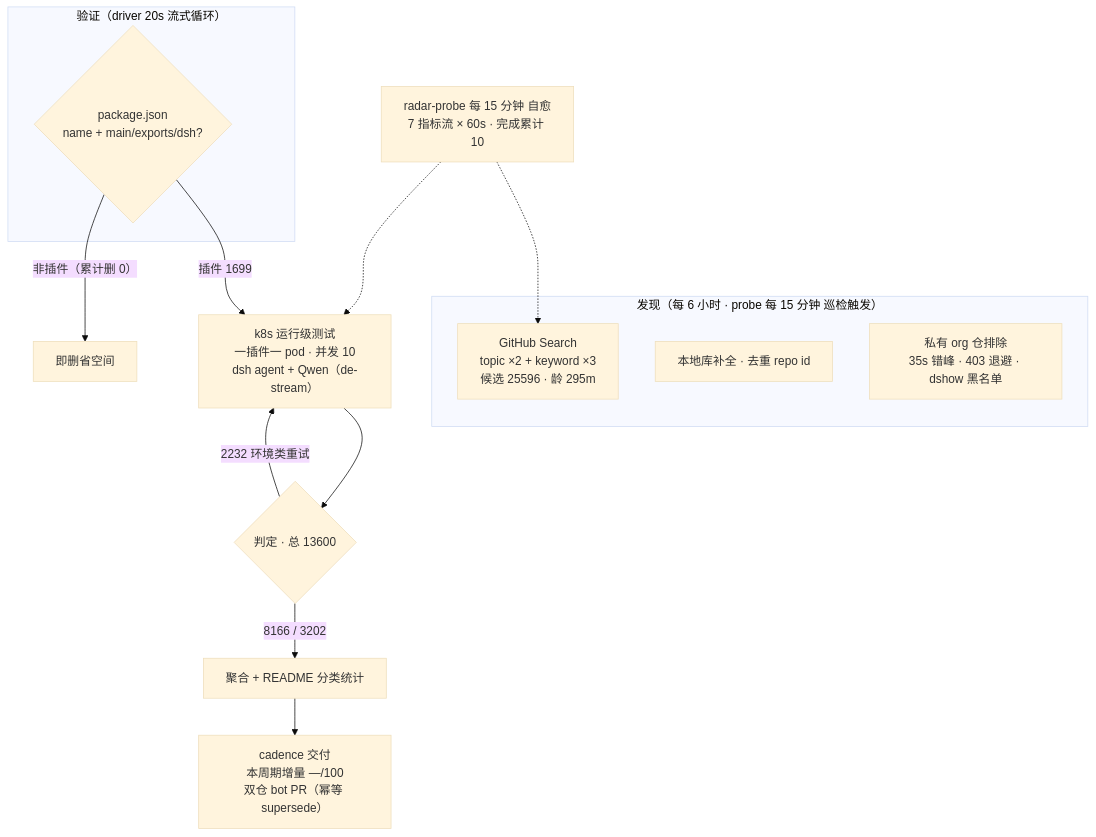
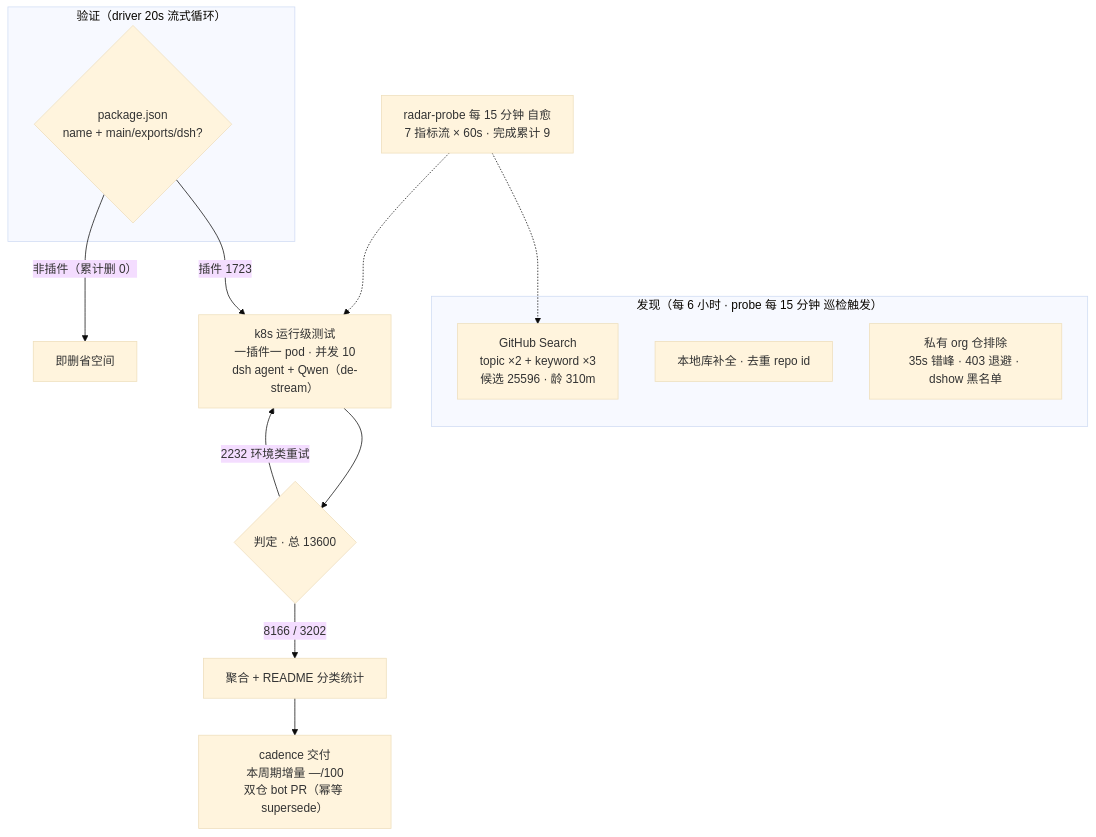
The diagram in README.md (Zhidao-Lab-OSS/awesome-dsh-plugins), drawn with Mermaid (base theme) before and after one commit. The commit also changed other lines of this file and 1 other file, not shown here.

Commit message:
readme-render: 渲染自快照 20261002T023001Z（自托管 Bot B · merge 门控）

````diff
--- a/README.md
+++ b/README.md
@@ -159,20 +159,20 @@
 ```mermaid
 flowchart TB
     subgraph Discovery["发现（每 6 小时 · probe 每 15 分钟 巡检触发）"]
-        A1["GitHub Search<br/>topic ×2 + keyword ×3<br/>候选 25596 · 龄 295m"]
+        A1["GitHub Search<br/>topic ×2 + keyword ×3<br/>候选 25596 · 龄 310m"]
         A2["本地库补全 · 去重 repo id"]
         A3["私有 org 仓排除<br/>35s 错峰 · 403 退避 · dshow 黑名单"]
     end
     subgraph Validation["验证（driver 20s 流式循环）"]
         B1{"package.json<br/>name + main/exports/dsh?"}
     end
-    B1 -->|"插件 1699"| C1["k8s 运行级测试<br/>一插件一 pod · 并发 10<br/>dsh agent + Qwen（de-stream）"]
+    B1 -->|"插件 1723"| C1["k8s 运行级测试<br/>一插件一 pod · 并发 10<br/>dsh agent + Qwen（de-stream）"]
     B1 -->|"非插件（累计删 0）"| B3["即删省空间"]
     C1 --> D1{"判定 · 总 13600"}
     D1 -->|"8166 / 3202"| E1["聚合 + README 分类统计"]
     D1 -->|"2232 环境类重试"| C1
     E1 --> E2["cadence 交付<br/>本周期增量 —/100<br/>双仓 bot PR（幂等 supersede）"]
-    M["radar-probe 每 15 分钟 自愈<br/>7 指标流 × 60s · 完成累计 10"]
+    M["radar-probe 每 15 分钟 自愈<br/>7 指标流 × 60s · 完成累计 9"]
     M -.-> A1
     M -.-> C1
 ```
````
